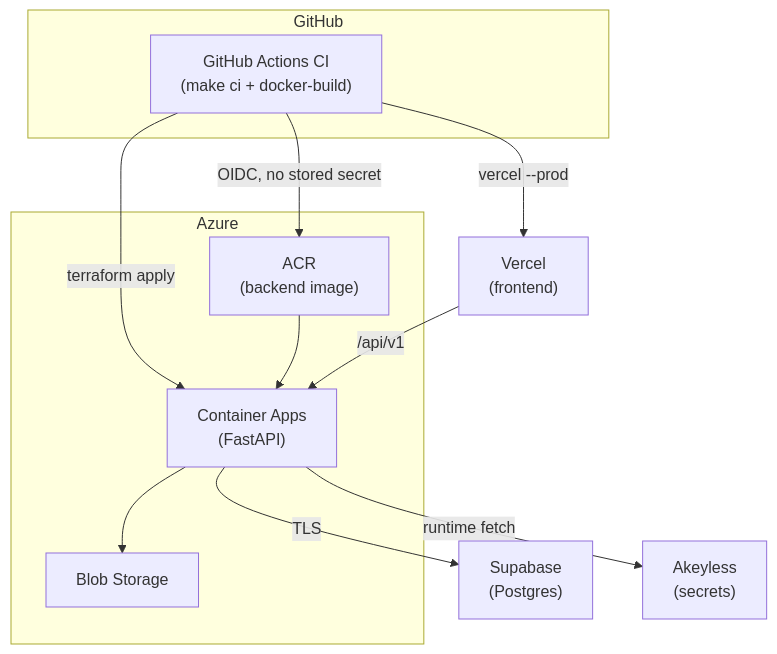
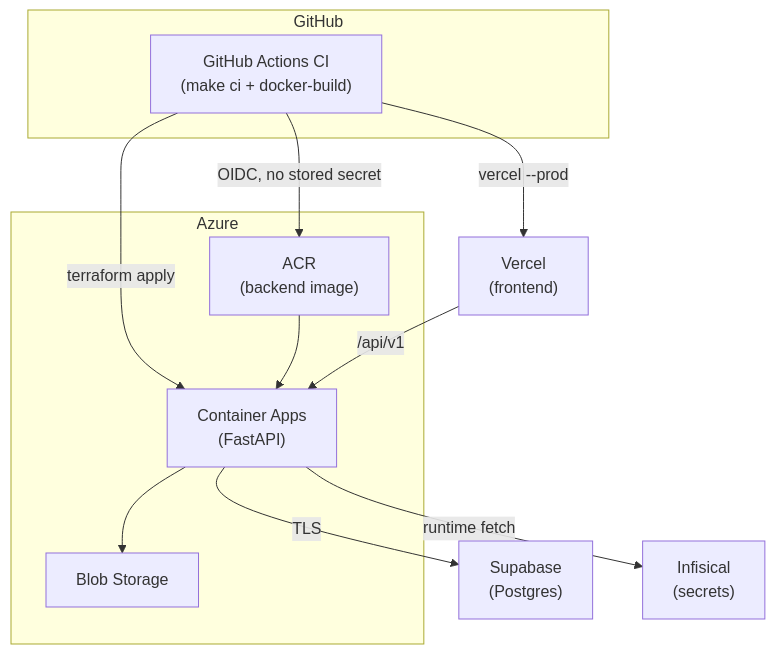
One commit to Kartik-Hirijaganer/FraudLens changed the fifth of 8 diagrams in docs/architecture/ARCHITECTURE.md. Above: the diagram before and after it, drawn with Mermaid. The commit also changed other lines of this file and 25 other files, not shown here.

First line of the commit message:
feat: migrate secrets management from Akeyless to Infisical

````diff
--- a/docs/architecture/ARCHITECTURE.md
+++ b/docs/architecture/ARCHITECTURE.md
@@ -89,22 +89,22 @@
 ```mermaid
 graph TD
     subgraph GitHub
         ci["GitHub Actions CI<br/>(make ci + docker-build)"]
     end
     subgraph Azure
         acr["ACR<br/>(backend image)"]
         aca["Container Apps<br/>(FastAPI)"]
         blob["Blob Storage"]
     end
     vercel["Vercel<br/>(frontend)"]
     supabase["Supabase<br/>(Postgres)"]
-    akeyless["Akeyless<br/>(secrets)"]
+    infisical["Infisical<br/>(secrets)"]
     ci -->|OIDC, no stored secret| acr
     ci -->|terraform apply| aca
     acr --> aca
     aca --> blob
     aca -->|TLS| supabase
-    aca -->|runtime fetch| akeyless
+    aca -->|runtime fetch| infisical
     ci -->|vercel --prod| vercel
     vercel -->|/api/v1| aca
 ```
````
